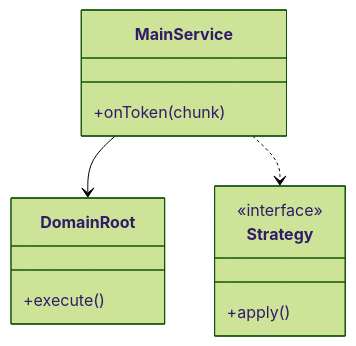
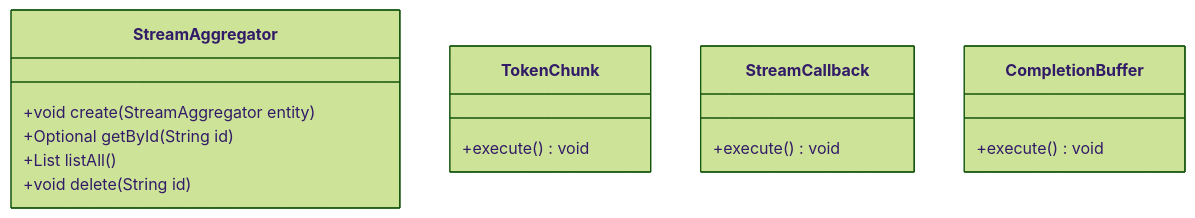
Before and after one commit to madhupaila/Interview-Prep-SSE: the first of 3 diagrams in Learn/System Design - Low Level Design/05-genai-llm-lld/questions/Q09-streaming-response-aggregator.md, drawn with Mermaid (forest theme). The commit also changed other lines of this file and 491 other files, not shown here.

````diff
--- a/Learn/System Design - Low Level Design/05-genai-llm-lld/questions/Q09-streaming-response-aggregator.md
+++ b/Learn/System Design - Low Level Design/05-genai-llm-lld/questions/Q09-streaming-response-aggregator.md
@@ -73,15 +93,18 @@
 ```mermaid
 classDiagram
-    class MainService {
-        +onToken(chunk)
+    class StreamAggregator {
+        +void create(StreamAggregator entity)
+        +Optional<StreamAggregator> getById(String id)
+        +List<StreamAggregator> listAll()
+        +void delete(String id)
     }
-    class DomainRoot {
-        +execute()
+    class TokenChunk {
+        +execute() void
     }
-    class Strategy {
-        <<interface>>
-        +apply()
+    class StreamCallback {
+        +execute() void
     }
-    MainService --> DomainRoot
-    MainService ..> Strategy
+    class CompletionBuffer {
+        +execute() void
+    }
 ```
````
